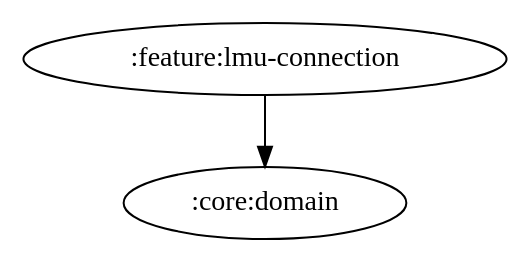
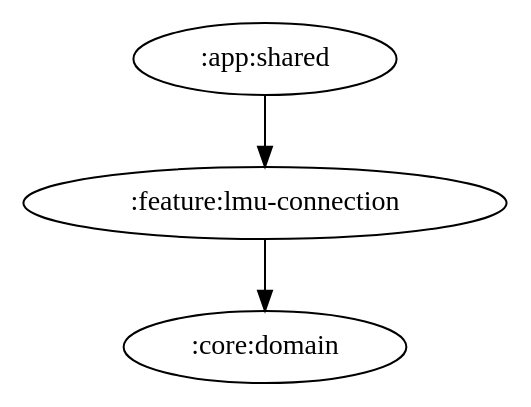
One commit to ai-kurou/KoDriver changed the diagram in docs/graphs/feature-lmu-connection.gv. Above: the diagram before and after it, drawn with Graphviz. The commit also changed 5 other files, not shown here.

Commit message:
chore: update module graph images [skip ci]

```diff
--- a/docs/graphs/feature-lmu-connection.gv
+++ b/docs/graphs/feature-lmu-connection.gv
@@ -1,3 +1,4 @@
 digraph G {
+  ":app:shared" -> ":feature:lmu-connection"
   ":feature:lmu-connection" -> ":core:domain"
 }
```
